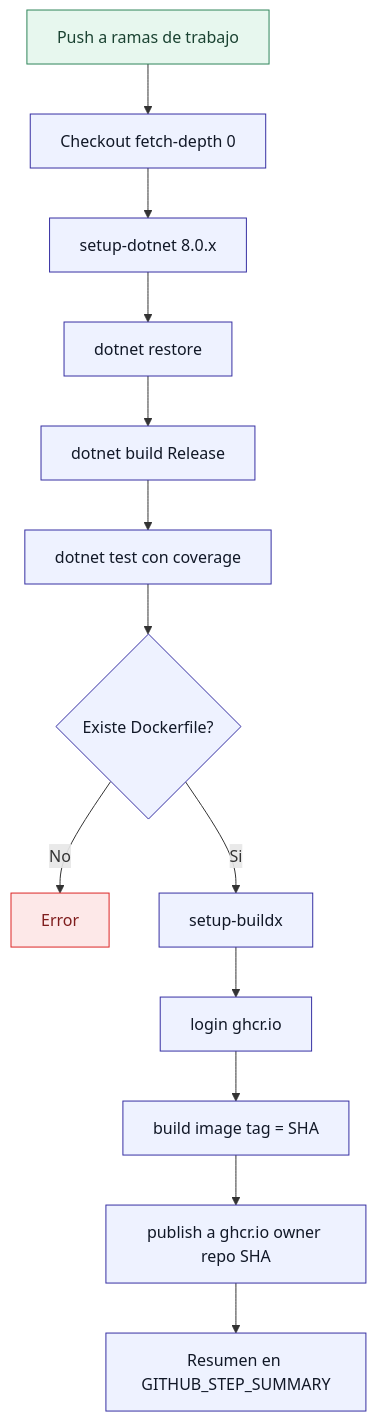
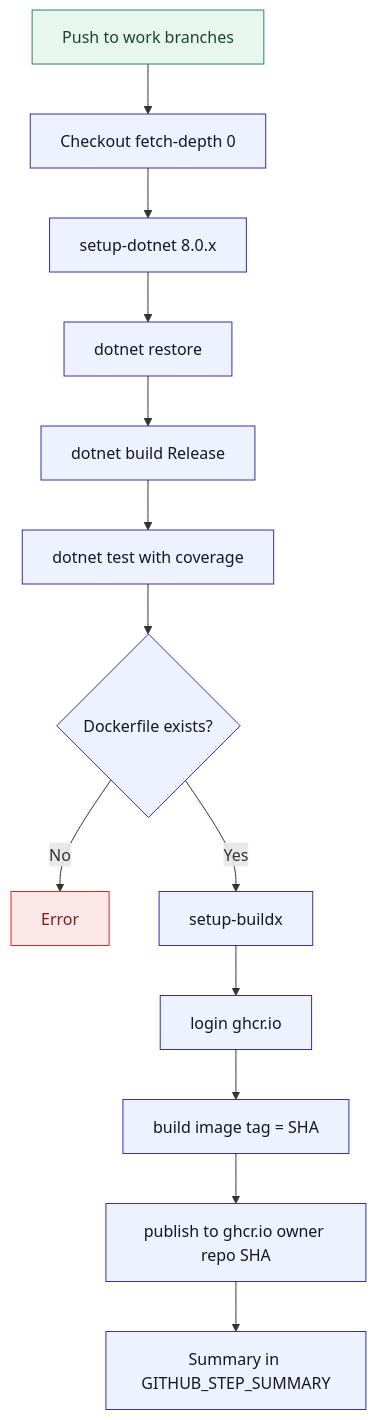
The second of 4 diagrams in docs/workflows.md (Back-End-TechTrend-Emporium/Demo), drawn with Mermaid before and after one commit. The commit also changed other lines of this file and 16 other files, not shown here.

````diff
--- a/docs/workflows.md
+++ b/docs/workflows.md
@@ -59,23 +59,23 @@
 ```mermaid
 flowchart TD
   classDef step fill:#eef2ff,stroke:#3730a3,color:#111827,stroke-width:1px
   classDef io fill:#e7f7ee,stroke:#2f855a,color:#1b4332,stroke-width:1px
   classDef fail fill:#fde8e8,stroke:#dc2626,color:#7f1d1d,stroke-width:1px
 
-  A[Push a ramas de trabajo] --> B[Checkout fetch-depth 0]
+  A[Push to work branches] --> B[Checkout fetch-depth 0]
   B --> C[setup-dotnet 8.0.x]
   C --> D[dotnet restore]
   D --> E[dotnet build Release]
-  E --> F[dotnet test con coverage]
-  F --> G{Existe Dockerfile?}
+  E --> F[dotnet test with coverage]
+  F --> G{Dockerfile exists?}
   G -- No --> X[Error]
-  G -- Si --> H[setup-buildx]
+  G -- Yes --> H[setup-buildx]
   H --> I[login ghcr.io]
   I --> J[build image tag = SHA]
-  J --> K[publish a ghcr.io owner repo SHA]
-  K --> L[Resumen en GITHUB_STEP_SUMMARY]
+  J --> K[publish to ghcr.io owner repo SHA]
+  K --> L[Summary in GITHUB_STEP_SUMMARY]
 
   class A io
   class B,C,D,E,F,G,H,I,J,K,L step
   class X fail
 ```
````
